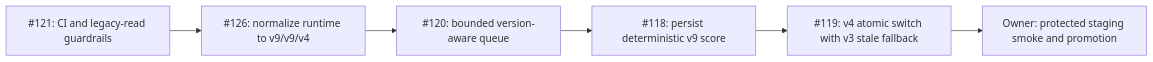
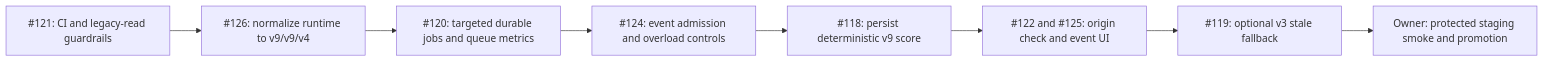
The diagram in docs/releases/v9-v9-v4-rollout.md (hikariming/ghfind), drawn with Mermaid before and after one commit. The commit also changed other lines of this file and 22 other files, not shown here.

````diff
--- a/docs/releases/v9-v9-v4-rollout.md
+++ b/docs/releases/v9-v9-v4-rollout.md
@@ -16,8 +16,10 @@
 ```mermaid
 flowchart LR
   A["#121: CI and legacy-read guardrails"] --> B["#126: normalize runtime to v9/v9/v4"]
-  B --> C["#120: bounded version-aware queue"]
-  C --> D["#118: persist deterministic v9 score"]
-  D --> E["#119: v4 atomic switch with v3 stale fallback"]
-  E --> F["Owner: protected staging smoke and promotion"]
+  B --> C["#120: targeted durable jobs and queue metrics"]
+  C --> D["#124: event admission and overload controls"]
+  D --> E["#118: persist deterministic v9 score"]
+  E --> F["#122 and #125: origin check and event UI"]
+  F --> G["#119: optional v3 stale fallback"]
+  G --> H["Owner: protected staging smoke and promotion"]
 ```
````
